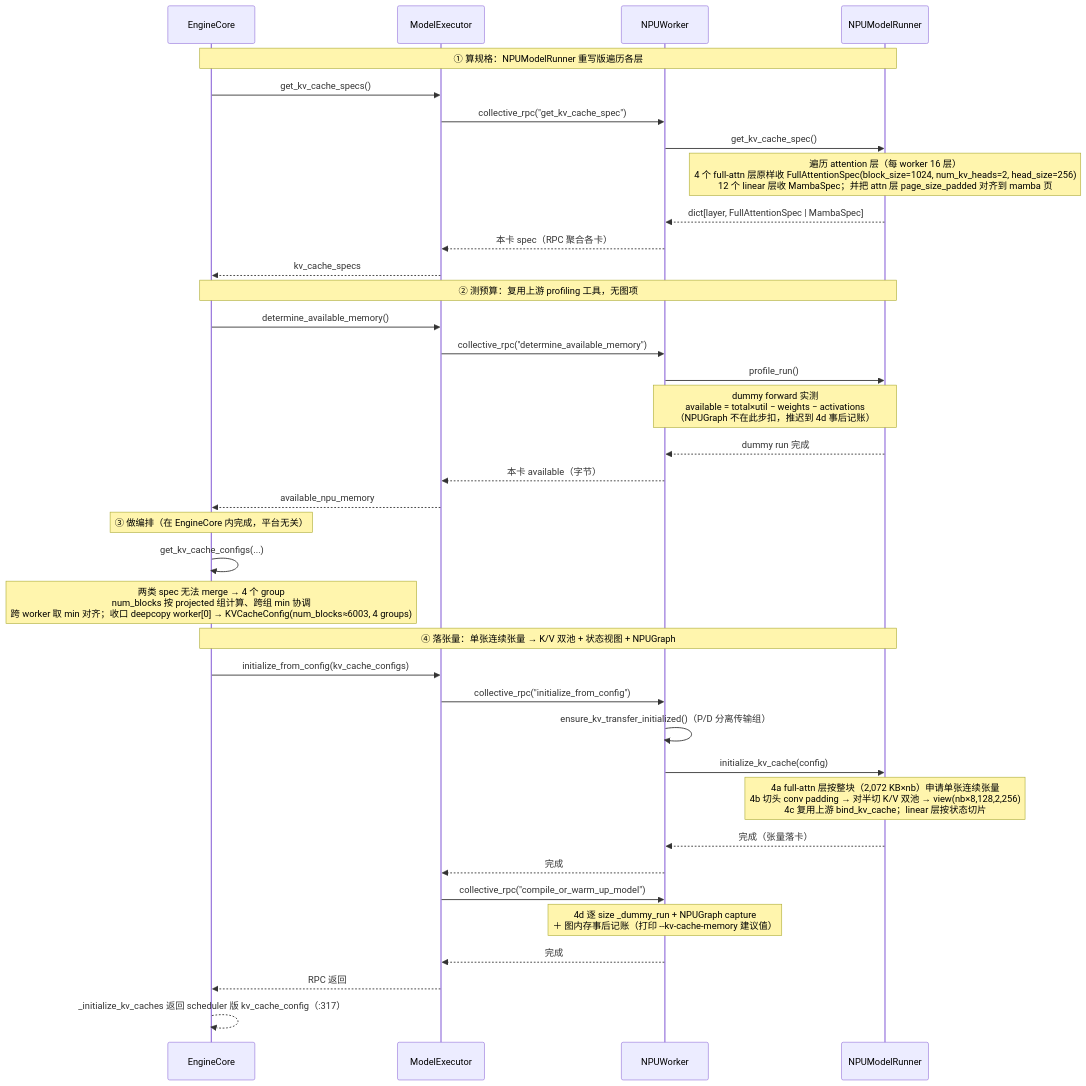
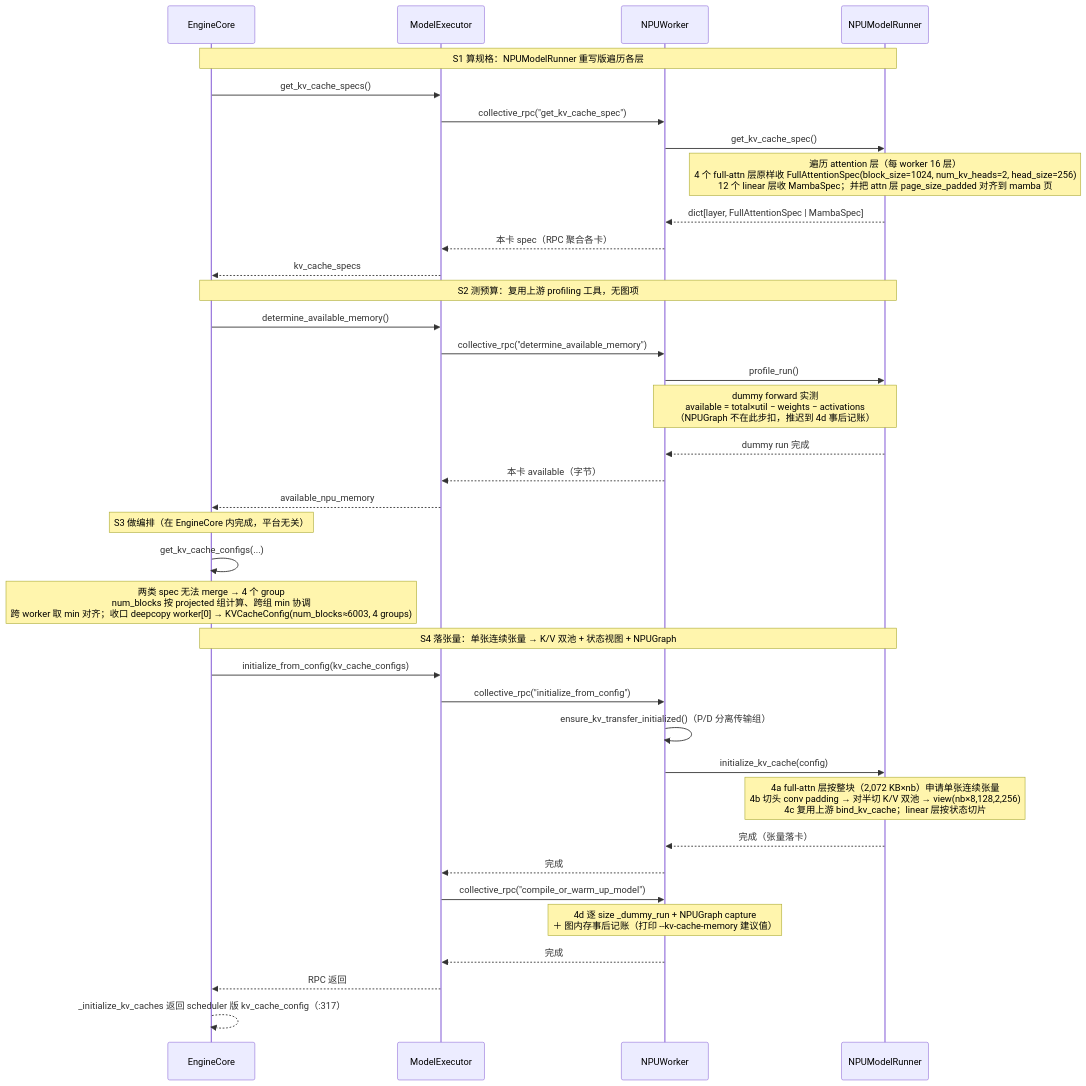
The first of 4 diagrams in vllm/v1/core/kvcache_study/kvcache_docs/npu_hybrid/1_start_init.md (GoCHug/vllm), drawn with Mermaid before and after one commit. The commit also changed other lines of this file and 2 other files, not shown here.

````diff
--- a/vllm/v1/core/kvcache_study/kvcache_docs/npu_hybrid/1_start_init.md
+++ b/vllm/v1/core/kvcache_study/kvcache_docs/npu_hybrid/1_start_init.md
@@ -89,44 +89,44 @@
 ```mermaid
 %%{init: {"themeVariables": {"actorFontSize": "11px", "messageFontSize": "11px", "noteFontSize": "11px"}, "sequence": {"actorMargin": 40, "messageMargin": 16, "noteMargin": 8, "boxMargin": 8, "mirrorActors": true}}}%%
 sequenceDiagram
     participant EngineCore
     participant ModelExecutor
     participant NPUWorker
     participant NPUModelRunner
 
-    Note over EngineCore,NPUModelRunner: ① 算规格：NPUModelRunner 重写版遍历各层
+    Note over EngineCore,NPUModelRunner: S1 算规格：NPUModelRunner 重写版遍历各层
     EngineCore->>ModelExecutor: get_kv_cache_specs()
     ModelExecutor->>NPUWorker: collective_rpc("get_kv_cache_spec")
     NPUWorker->>NPUModelRunner: get_kv_cache_spec()
     Note over NPUModelRunner: 遍历 attention 层（每 worker 16 层）<br/>4 个 full-attn 层原样收 FullAttentionSpec(block_size=1024, num_kv_heads=2, head_size=256)<br/>12 个 linear 层收 MambaSpec；并把 attn 层 page_size_padded 对齐到 mamba 页
     NPUModelRunner-->>NPUWorker: dict[layer, FullAttentionSpec | MambaSpec]
     NPUWorker-->>ModelExecutor: 本卡 spec（RPC 聚合各卡）
     ModelExecutor-->>EngineCore: kv_cache_specs
 
-    Note over EngineCore,NPUModelRunner: ② 测预算：复用上游 profiling 工具，无图项
+    Note over EngineCore,NPUModelRunner: S2 测预算：复用上游 profiling 工具，无图项
     EngineCore->>ModelExecutor: determine_available_memory()
     ModelExecutor->>NPUWorker: collective_rpc("determine_available_memory")
     NPUWorker->>NPUModelRunner: profile_run()
     Note over NPUWorker,NPUModelRunner: dummy forward 实测<br/>available = total×util − weights − activations<br/>（NPUGraph 不在此步扣，推迟到 4d 事后记账）
     NPUModelRunner-->>NPUWorker: dummy run 完成
     NPUWorker-->>ModelExecutor: 本卡 available（字节）
     ModelExecutor-->>EngineCore: available_npu_memory
 
-    Note over EngineCore: ③ 做编排（在 EngineCore 内完成，平台无关）
+    Note over EngineCore: S3 做编排（在 EngineCore 内完成，平台无关）
     EngineCore->>EngineCore: get_kv_cache_configs(...)
     Note over EngineCore: 两类 spec 无法 merge → 4 个 group<br/>num_blocks 按 projected 组计算、跨组 min 协调<br/>跨 worker 取 min 对齐；收口 deepcopy worker[0] → KVCacheConfig(num_blocks≈6003, 4 groups)
 
-    Note over EngineCore,NPUModelRunner: ④ 落张量：单张连续张量 → K/V 双池 + 状态视图 + NPUGraph
+    Note over EngineCore,NPUModelRunner: S4 落张量：单张连续张量 → K/V 双池 + 状态视图 + NPUGraph
     EngineCore->>ModelExecutor: initialize_from_config(kv_cache_configs)
     ModelExecutor->>NPUWorker: collective_rpc("initialize_from_config")
     NPUWorker->>NPUWorker: ensure_kv_transfer_initialized()（P/D 分离传输组）
     NPUWorker->>NPUModelRunner: initialize_kv_cache(config)
     Note over NPUModelRunner: 4a full-attn 层按整块（2,072 KB×nb）申请单张连续张量<br/>4b 切头 conv padding → 对半切 K/V 双池 → view(nb×8,128,2,256)<br/>4c 复用上游 bind_kv_cache；linear 层按状态切片
     NPUModelRunner-->>NPUWorker: 完成（张量落卡）
     NPUWorker-->>ModelExecutor: 完成
     ModelExecutor->>NPUWorker: collective_rpc("compile_or_warm_up_model")
     Note over NPUWorker: 4d 逐 size _dummy_run + NPUGraph capture<br/>＋ 图内存事后记账（打印 --kv-cache-memory 建议值）
     NPUWorker-->>ModelExecutor: 完成
     ModelExecutor-->>EngineCore: RPC 返回
     EngineCore-->>EngineCore: _initialize_kv_caches 返回 scheduler 版 kv_cache_config（:317）
 ```
````
